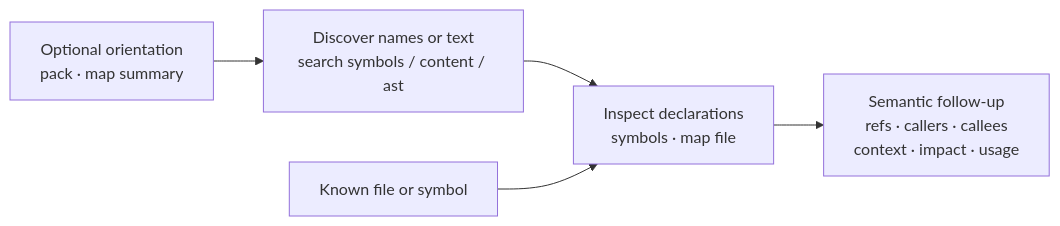
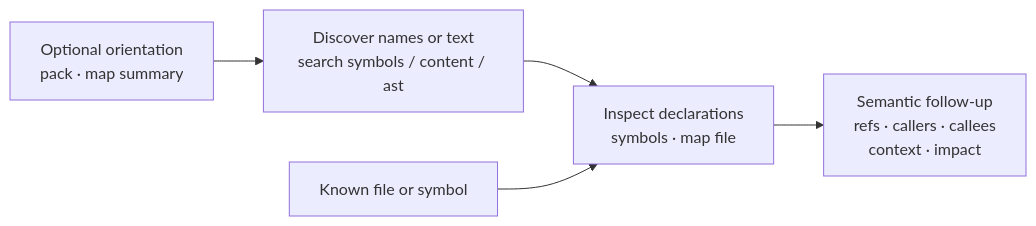
One commit to junyeong-ai/symora changed the second of 2 diagrams in README.en.md. Above: the diagram before and after it, drawn with Mermaid. The commit also changed other lines of this file and 17 other files, not shown here.

````diff
--- a/README.en.md
+++ b/README.en.md
@@ -97,7 +97,7 @@
 ```mermaid
 flowchart LR
     O["Optional orientation<br/>pack · map summary"] --> D["Discover names or text<br/>search symbols / content / ast"]
     D --> I["Inspect declarations<br/>symbols · map file"]
     K["Known file or symbol"] --> I
-    I --> X["Semantic follow-up<br/>refs · callers · callees<br/>context · impact · usage"]
+    I --> X["Semantic follow-up<br/>refs · callers · callees<br/>context · impact"]
 ```
````
